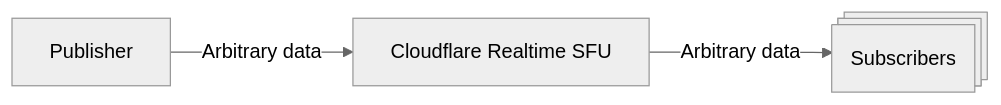
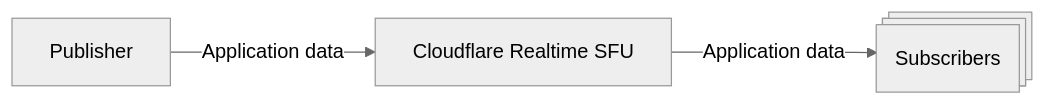
The first of 2 diagrams in src/content/docs/realtime/sfu/datachannels.mdx (cloudflare/cloudflare-docs), drawn with Mermaid (neutral theme) before and after one commit. The commit also changed other lines of this file, not shown here.

Commit message:
docs(realtime): improve DataChannels copy

````diff
--- a/src/content/docs/realtime/sfu/datachannels.mdx
+++ b/src/content/docs/realtime/sfu/datachannels.mdx
@@ -15,5 +17,5 @@
 ```mermaid
 graph LR
-    A[Publisher] -->|Arbitrary data| B[Cloudflare Realtime SFU]
-    B -->|Arbitrary data| C@{ shape: procs, label: "Subscribers"}
+    A[Publisher] -->|Application data| B[Cloudflare Realtime SFU]
+    B -->|Application data| C@{ shape: procs, label: "Subscribers"}
 ```
````
